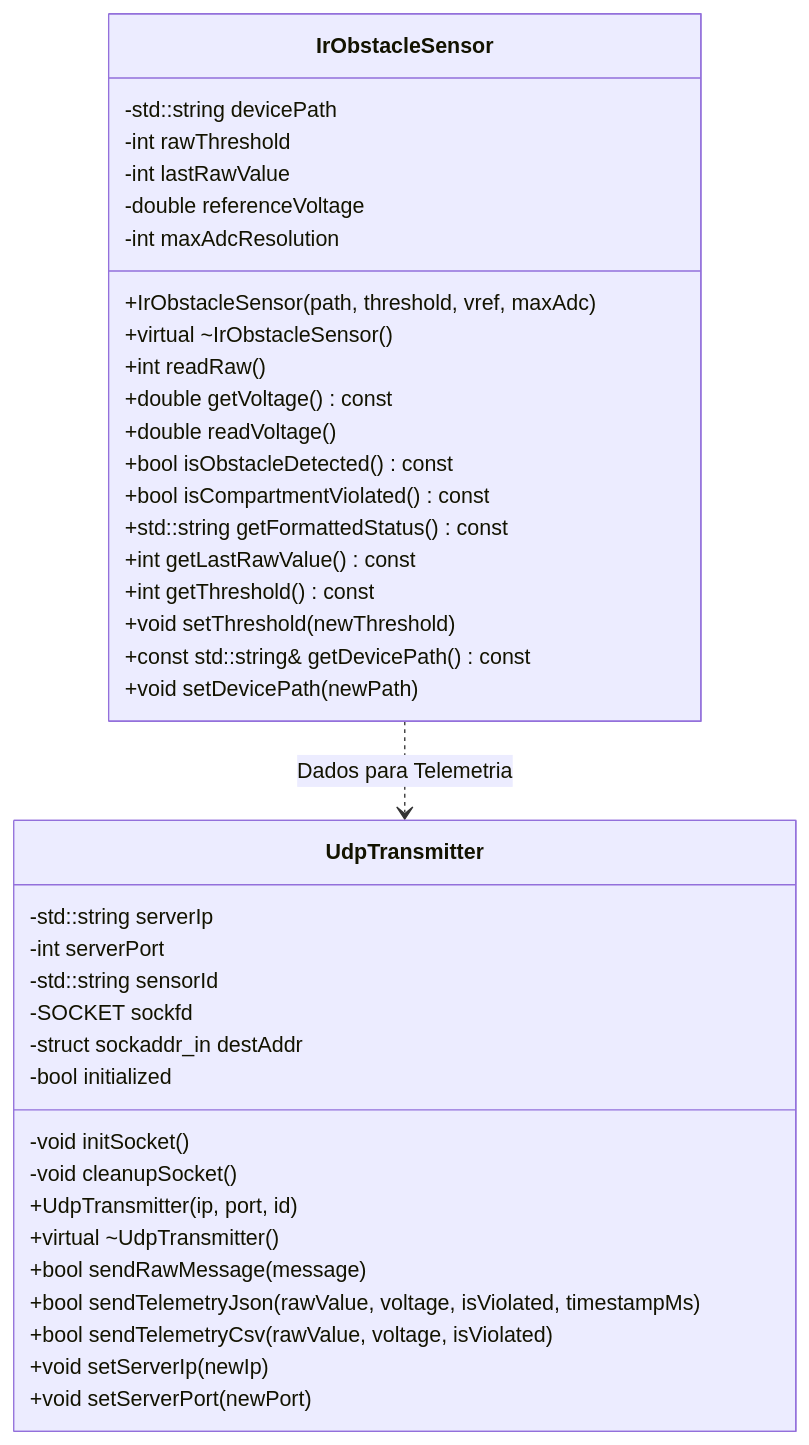
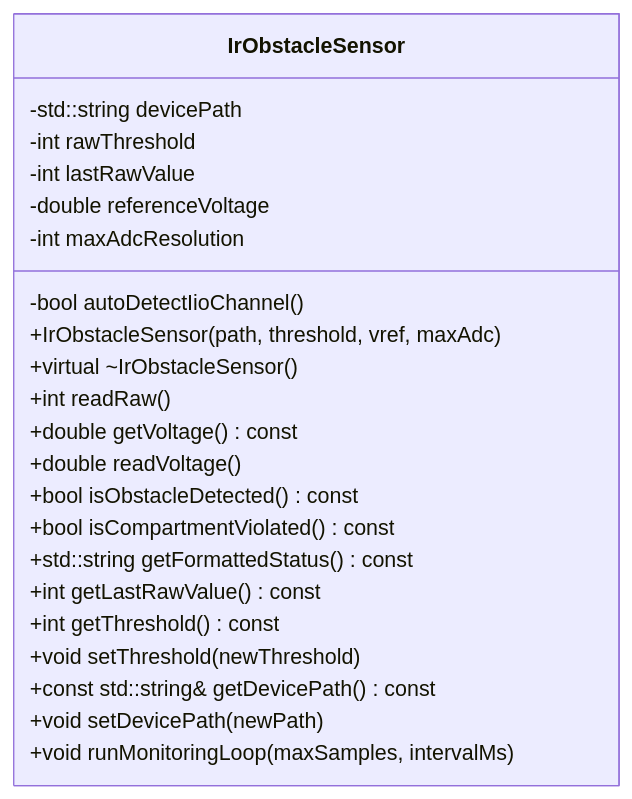
One commit to VPariz/stm32-projeto-final-prog-aplicada changed the second of 2 diagrams in README.md. Above: the diagram before and after it, drawn with Mermaid. The commit also changed other lines of this file and 72 other files, not shown here.

Commit message:
refactor(entrega1): foca repositorio estritamente na classe IrObstacleSensor e Doxygen

````diff
--- a/README.md
+++ b/README.md
@@ -57,43 +42,25 @@
 ```mermaid
 classDiagram
     class IrObstacleSensor {
         -std::string devicePath
         -int rawThreshold
         -int lastRawValue
         -double referenceVoltage
         -int maxAdcResolution
+        -bool autoDetectIioChannel()
         +IrObstacleSensor(path, threshold, vref, maxAdc)
         +virtual ~IrObstacleSensor()
         +int readRaw()
         +double getVoltage() const
         +double readVoltage()
         +bool isObstacleDetected() const
         +bool isCompartmentViolated() const
         +std::string getFormattedStatus() const
         +int getLastRawValue() const
         +int getThreshold() const
         +void setThreshold(newThreshold)
         +const std::string& getDevicePath() const
         +void setDevicePath(newPath)
+        +void runMonitoringLoop(maxSamples, intervalMs)
     }
-
-    class UdpTransmitter {
-        -std::string serverIp
-        -int serverPort
-        -std::string sensorId
-        -SOCKET sockfd
-        -struct sockaddr_in destAddr
-        -bool initialized
-        -void initSocket()
-        -void cleanupSocket()
-        +UdpTransmitter(ip, port, id)
-        +virtual ~UdpTransmitter()
-        +bool sendRawMessage(message)
-        +bool sendTelemetryJson(rawValue, voltage, isViolated, timestampMs)
-        +bool sendTelemetryCsv(rawValue, voltage, isViolated)
-        +void setServerIp(newIp)
-        +void setServerPort(newPort)
-    }
-
-    IrObstacleSensor ..> UdpTransmitter : Dados para Telemetria
 ```
````
